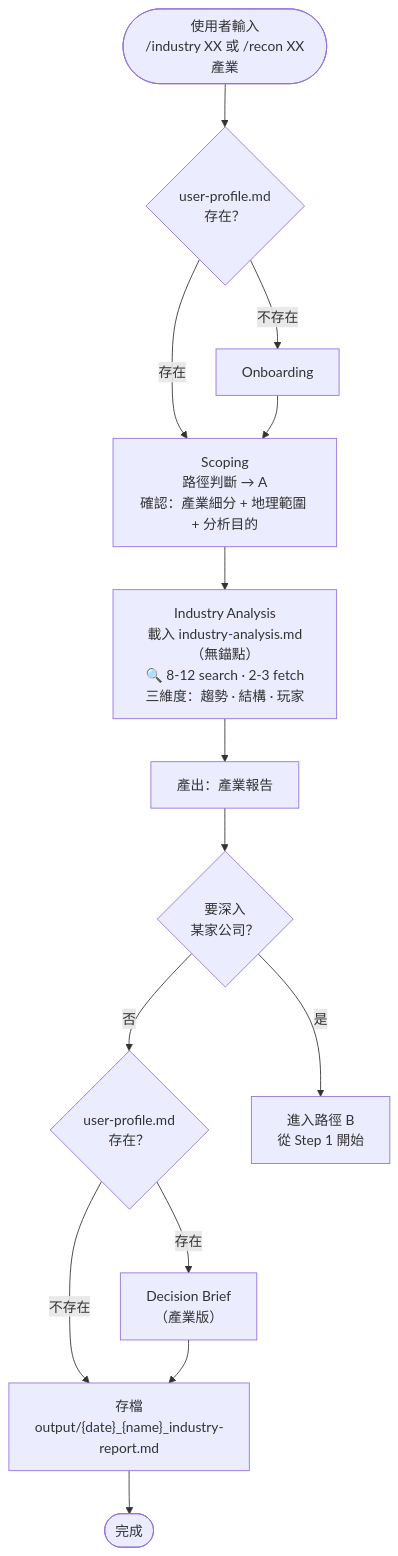
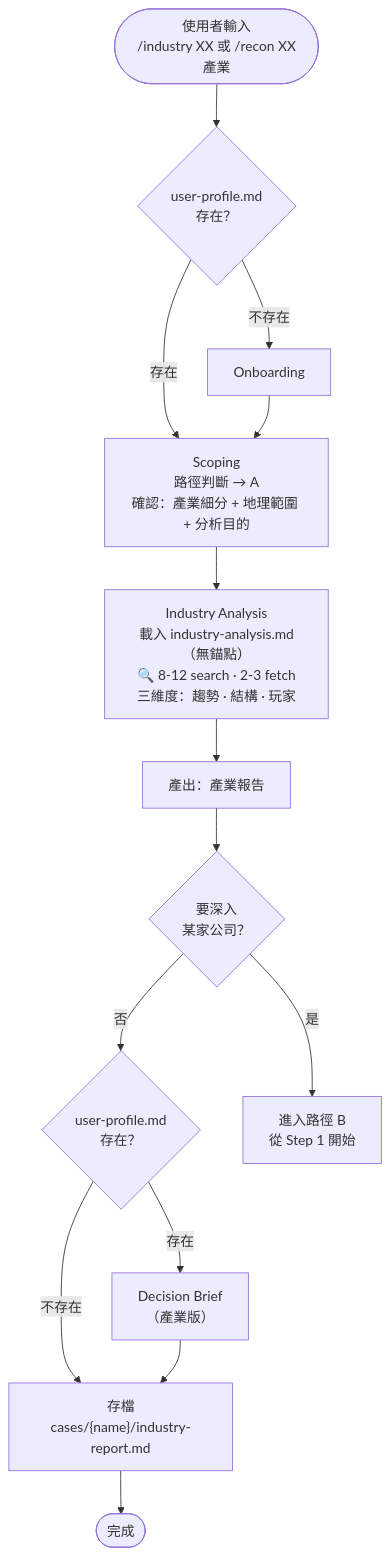
One commit to jk831224/enterprise-tomb-raider changed the third of 6 diagrams in product/flow-diagram.md. Above: the diagram before and after it, drawn with Mermaid. The commit also changed other lines of this file and 6 other files, not shown here.

````diff
--- a/product/flow-diagram.md
+++ b/product/flow-diagram.md
@@ -146,23 +149,23 @@
 ```mermaid
 flowchart TD
     START_A(["使用者輸入<br/>/industry XX 或 /recon XX產業"]) --> PROFILE_A{"user-profile.md<br/>存在？"}
 
     PROFILE_A -->|"不存在"| ONBOARD_A["Onboarding"]
     PROFILE_A -->|"存在"| SCOPING_A
     ONBOARD_A --> SCOPING_A
 
     SCOPING_A["Scoping<br/>路徑判斷 → A<br/>確認：產業細分 + 地理範圍 + 分析目的"] --> IA_A
 
     IA_A["Industry Analysis<br/>載入 industry-analysis.md（無錨點）<br/>🔍 8-12 search · 2-3 fetch<br/>三維度：趨勢 · 結構 · 玩家"] --> IA_OUT_A["產出：產業報告"]
 
     IA_OUT_A --> DEEP{"要深入<br/>某家公司？"}
 
     DEEP -->|"否"| DB_A_CHECK{"user-profile.md<br/>存在？"}
     DEEP -->|"是"| ENTER_B["進入路徑 B<br/>從 Step 1 開始"]
 
     DB_A_CHECK -->|"存在"| DB_A["Decision Brief<br/>（產業版）"]
     DB_A_CHECK -->|"不存在"| SAVE_A
 
-    DB_A --> SAVE_A["存檔<br/>output/{date}_{name}_industry-report.md"]
+    DB_A --> SAVE_A["存檔<br/>cases/{name}/industry-report.md"]
     SAVE_A --> DONE_A(["完成"])
 ```
````
